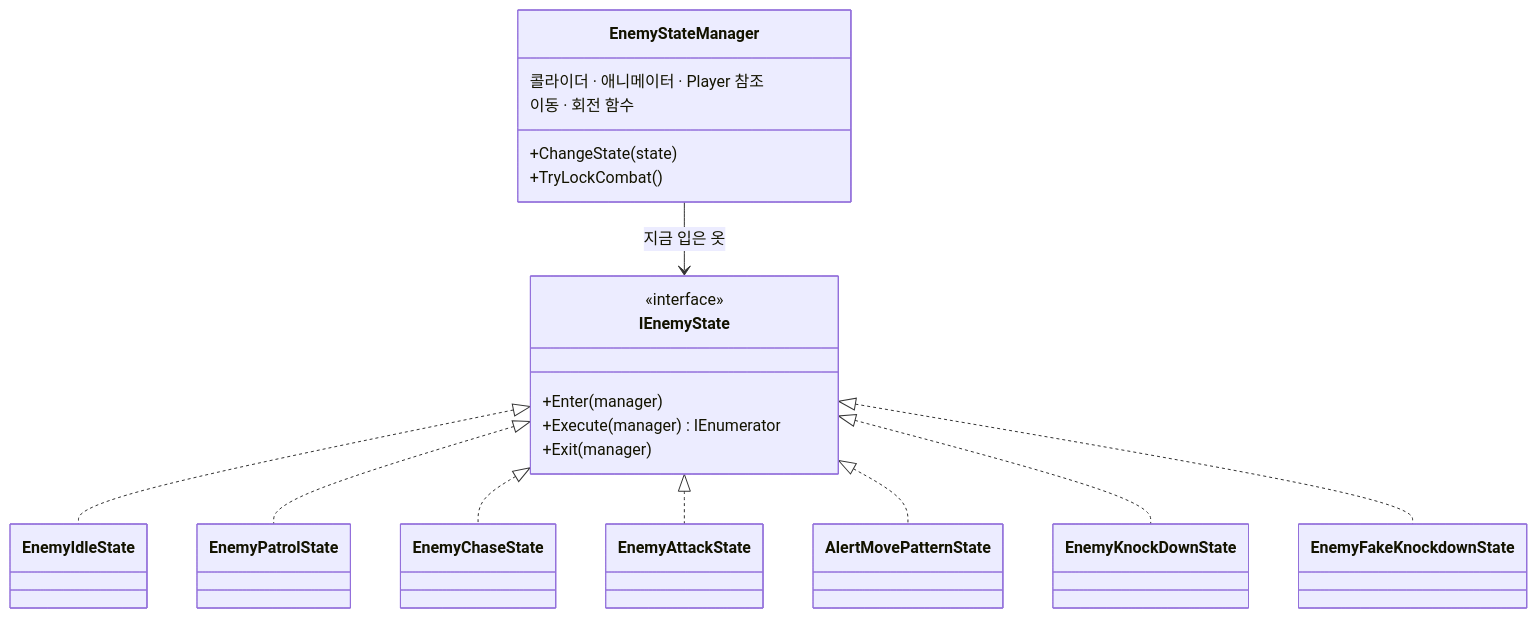
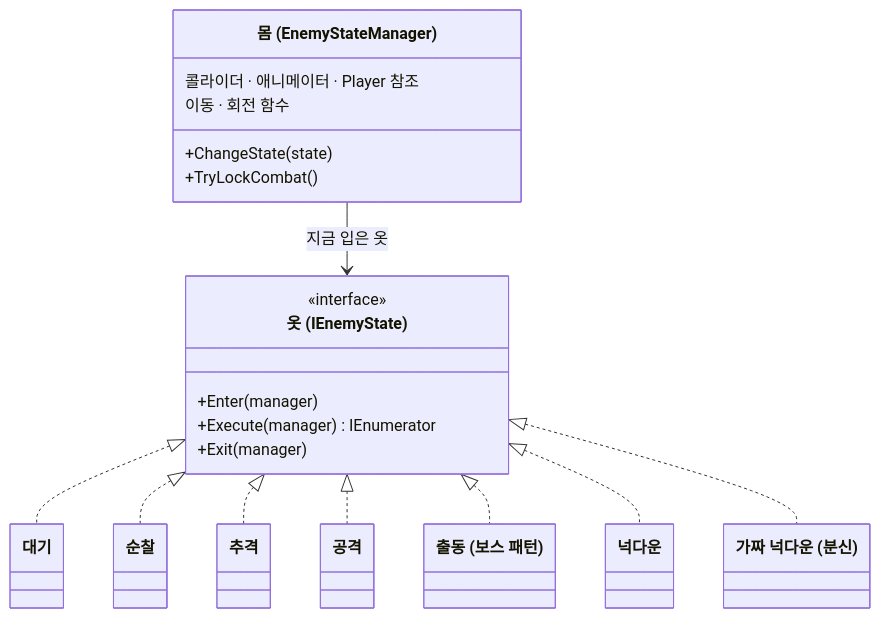
One commit to pinkshield/portfolio changed the first of 3 diagrams in src/1-watch-your-back/기술문서.md. Above: the diagram before and after it, drawn with Mermaid. The commit also changed other lines of this file and 9 other files, not shown here.

````diff
--- a/src/1-watch-your-back/기술문서.md
+++ b/src/1-watch-your-back/기술문서.md
@@ -118,23 +119,30 @@
 ```mermaid
 classDiagram
-    class EnemyStateManager {
+    class EnemyStateManager["몸 (EnemyStateManager)"] {
         콜라이더 · 애니메이터 · Player 참조
         이동 · 회전 함수
         +ChangeState(state)
         +TryLockCombat()
     }
-    class IEnemyState {
+    class IEnemyState["옷 (IEnemyState)"] {
         <<interface>>
         +Enter(manager)
         +Execute(manager) IEnumerator
         +Exit(manager)
     }
+    class EnemyIdleState["대기"]
+    class EnemyPatrolState["순찰"]
+    class EnemyChaseState["추격"]
+    class EnemyAttackState["공격"]
+    class AlertMovePatternState["출동 (보스 패턴)"]
+    class EnemyKnockDownState["넉다운"]
+    class EnemyFakeKnockdownState["가짜 넉다운 (분신)"]
     EnemyStateManager --> IEnemyState : 지금 입은 옷
     IEnemyState <|.. EnemyIdleState
     IEnemyState <|.. EnemyPatrolState
     IEnemyState <|.. EnemyChaseState
     IEnemyState <|.. EnemyAttackState
     IEnemyState <|.. AlertMovePatternState
     IEnemyState <|.. EnemyKnockDownState
     IEnemyState <|.. EnemyFakeKnockdownState
 ```
````
